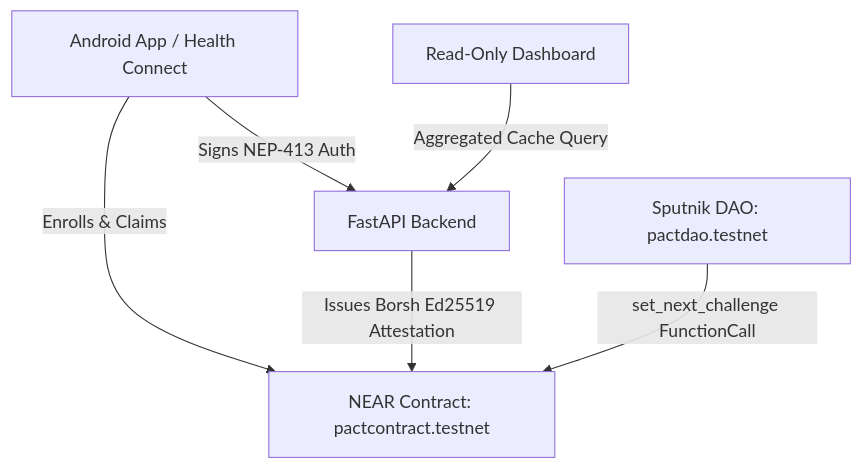
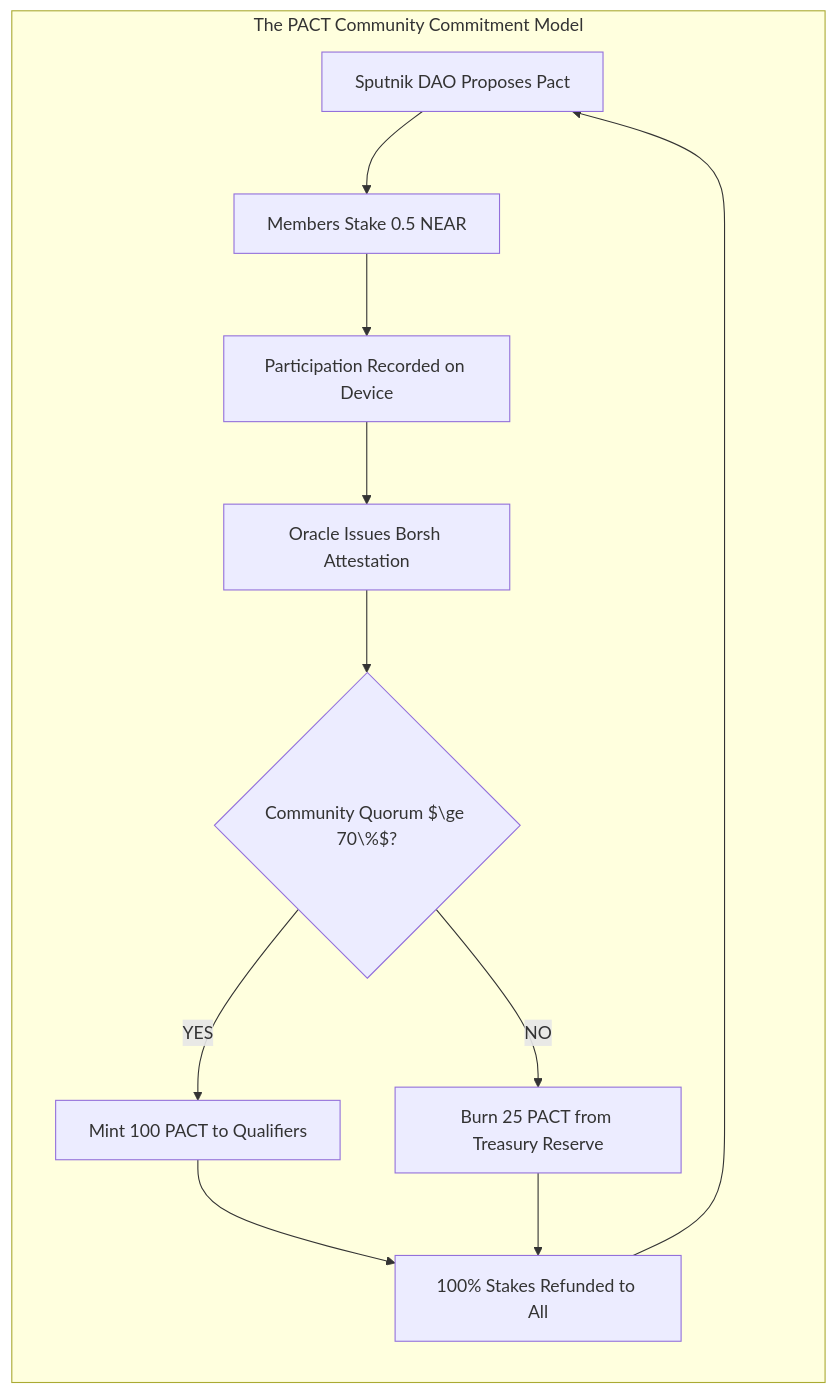
One commit to 0x-stone/PACT changed the first of 3 diagrams in README.md. Above: the diagram before and after it, drawn with Mermaid. The commit also changed other lines of this file and 9 other files, not shown here.

````diff
--- a/README.md
+++ b/README.md
@@ -153,8 +52,14 @@
 ```mermaid
-graph TD
-    A[Android App / Health Connect] -->|Signs NEP-413 Auth| B[FastAPI Backend]
-    A -->|Enrolls & Claims| C[NEAR Contract: pactcontract.testnet]
-    B -->|Issues Borsh Ed25519 Attestation| C
-    D[Sputnik DAO: pactdao.testnet] -->|set_next_challenge FunctionCall| C
-    E[Read-Only Dashboard] -->|Aggregated Cache Query| B
+graph LR
+    subgraph Model ["The PACT Community Commitment Model"]
+        A[Sputnik DAO Proposes Pact] --> B[Members Stake 0.5 NEAR]
+        B --> C[Participation Recorded on Device]
+        C --> D[Oracle Issues Borsh Attestation]
+        D --> E{Community Quorum $\ge 70\%$?}
+        E -->|YES| F[Mint 100 PACT to Qualifiers]
+        E -->|NO| G[Burn 25 PACT from Treasury Reserve]
+        F --> H[100% Stakes Refunded to All]
+        G --> H
+        H --> A
+    end
 ```
````
